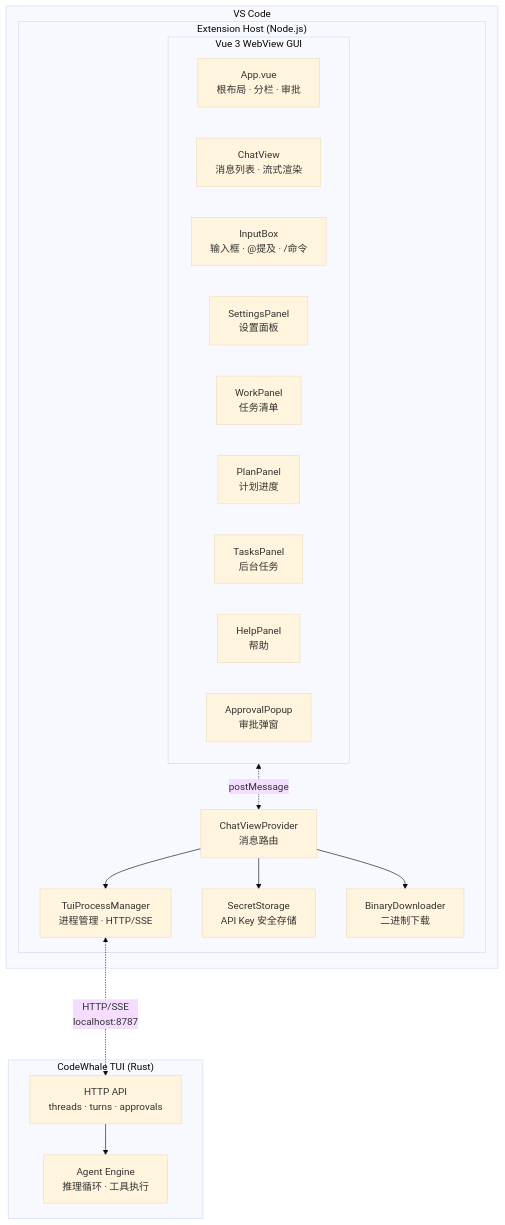
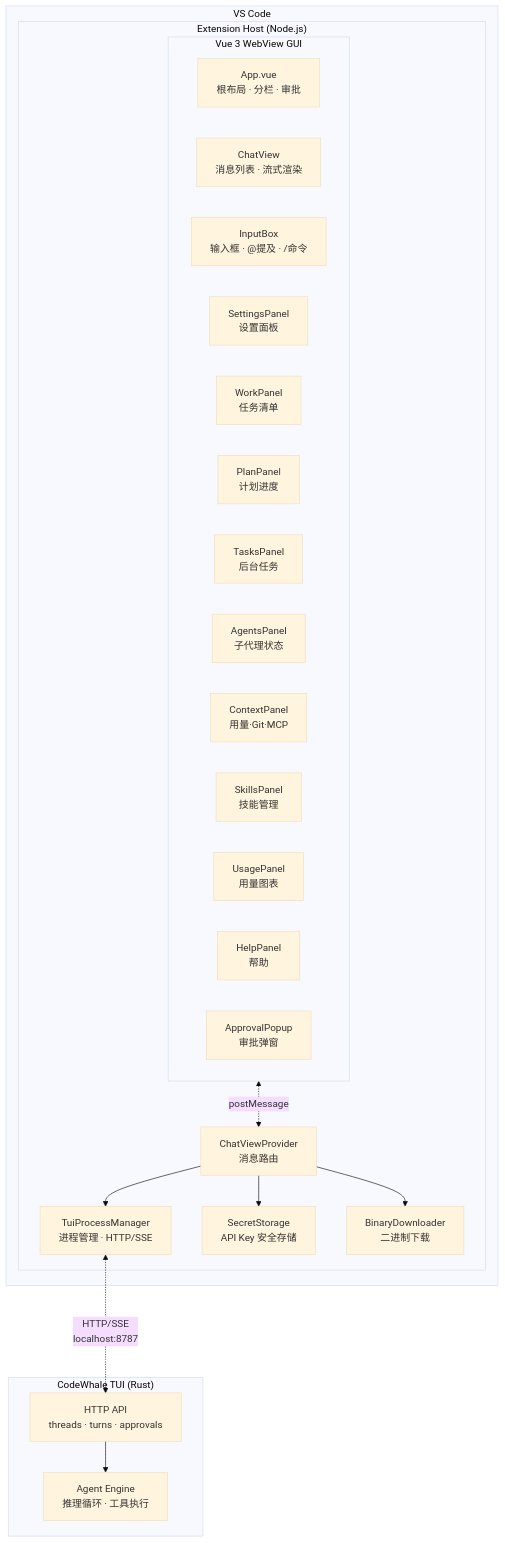
Before and after one commit to TheEastKoi/celest: the diagram in README.md, drawn with Mermaid (base theme). The commit also changed other lines of this file and 16 other files, not shown here.

````diff
--- a/README.md
+++ b/README.md
@@ -117,35 +125,39 @@
 ```mermaid
 flowchart TB
     subgraph VSCode["VS Code"]
         subgraph WebView["Vue 3 WebView GUI"]
             App["App.vue<br/>根布局 · 分栏 · 审批"]
             Chat["ChatView<br/>消息列表 · 流式渲染"]
             Input["InputBox<br/>输入框 · @提及 · /命令"]
             Settings["SettingsPanel<br/>设置面板"]
             Work["WorkPanel<br/>任务清单"]
             Plan["PlanPanel<br/>计划进度"]
             Tasks["TasksPanel<br/>后台任务"]
+            Agents["AgentsPanel<br/>子代理状态"]
+            Context["ContextPanel<br/>用量·Git·MCP"]
+            Skills["SkillsPanel<br/>技能管理"]
+            Usage["UsagePanel<br/>用量图表"]
             Help["HelpPanel<br/>帮助"]
             Approval["ApprovalPopup<br/>审批弹窗"]
         end
 
         subgraph ExtHost["Extension Host (Node.js)"]
             Provider["ChatViewProvider<br/>消息路由"]
             TUI["TuiProcessManager<br/>进程管理 · HTTP/SSE"]
             Secret["SecretStorage<br/>API Key 安全存储"]
             Downloader["BinaryDownloader<br/>二进制下载"]
             WebView <-.->|postMessage| Provider
             Provider --> TUI
             Provider --> Secret
             Provider --> Downloader
         end
     end
 
     subgraph TUIProcess["CodeWhale TUI (Rust)"]
         HTTP["HTTP API<br/>threads · turns · approvals"]
         Engine["Agent Engine<br/>推理循环 · 工具执行"]
         HTTP --> Engine
     end
 
     TUI <-..->|"HTTP/SSE<br/>localhost:8787"| HTTP
 ```
````
